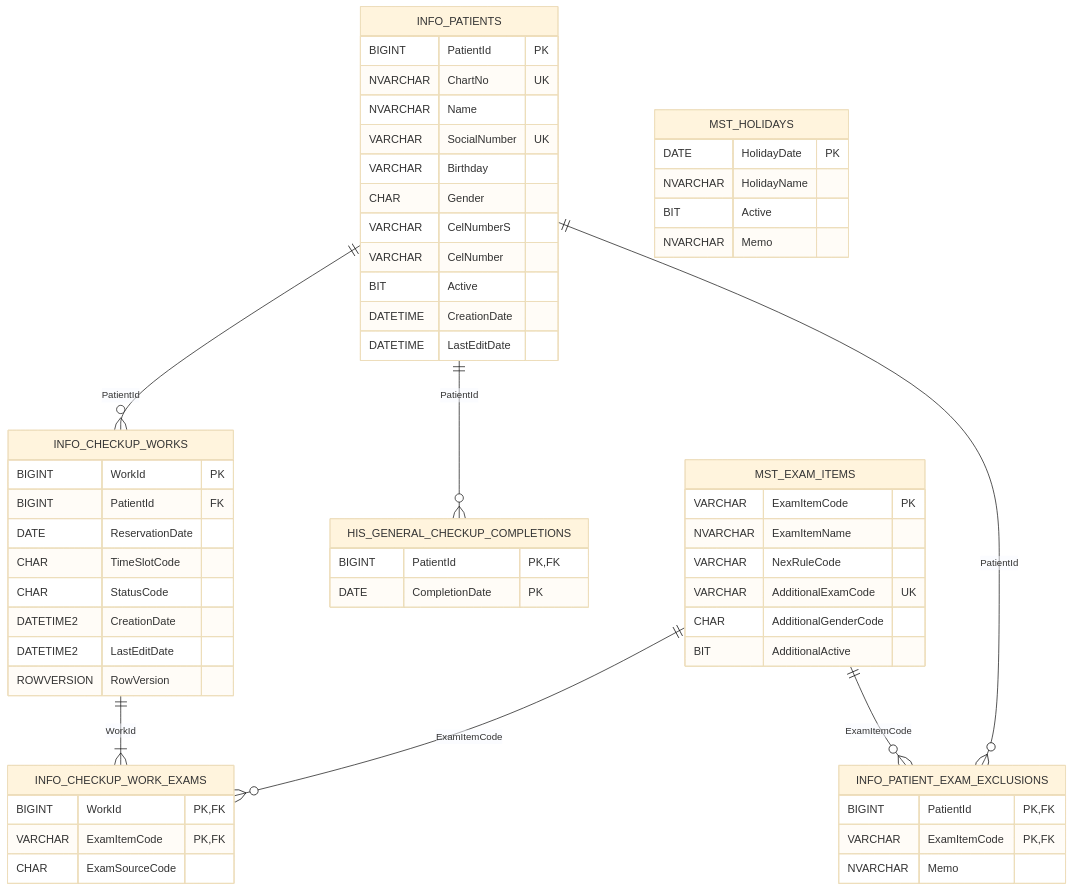
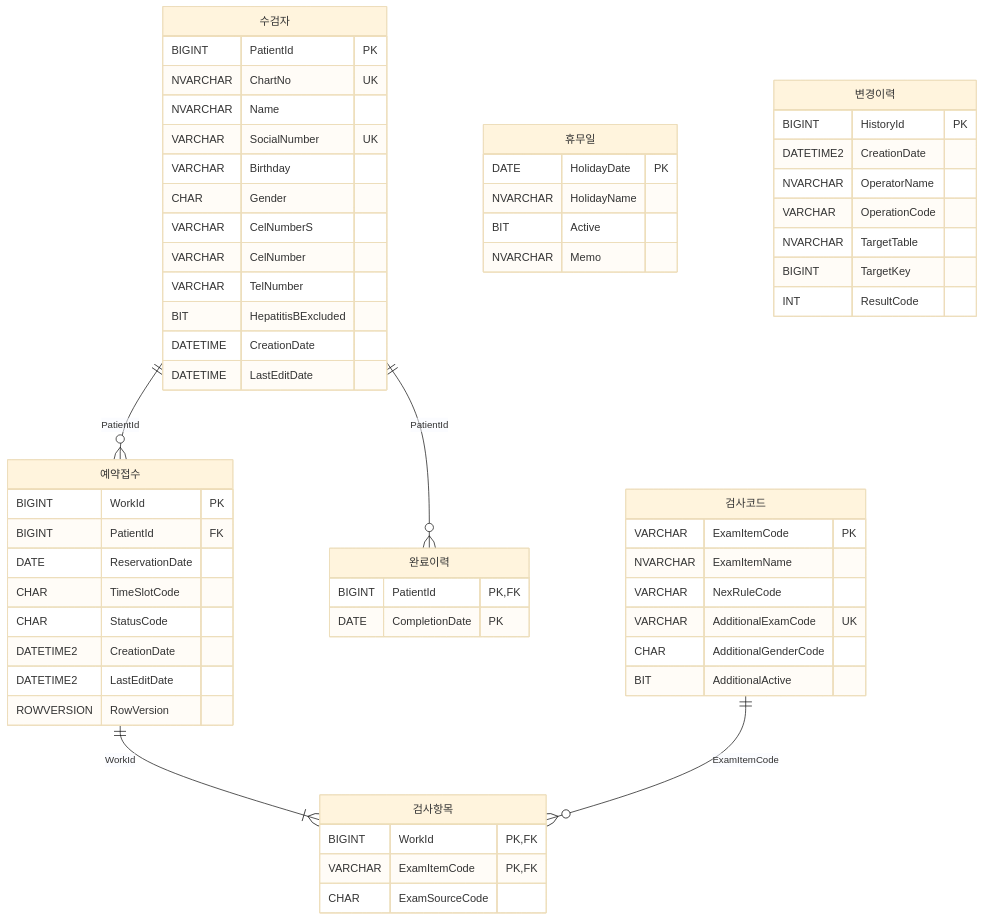
Before and after one commit to wotjr1649/HealthCheckupReservationReception: the second of 2 diagrams in docs/baseline/04_DB_Design.md, drawn with Mermaid (base theme). The commit also changed other lines of this file and 13 other files, not shown here.

````diff
--- a/docs/baseline/04_DB_Design.md
+++ b/docs/baseline/04_DB_Design.md
@@ -1323,68 +1388,71 @@
 ```mermaid
 erDiagram
-    INFO_PATIENTS ||--o{ INFO_CHECKUP_WORKS : "PatientId"
-    INFO_PATIENTS ||--o{ HIS_GENERAL_CHECKUP_COMPLETIONS : "PatientId"
-    INFO_PATIENTS ||--o{ INFO_PATIENT_EXAM_EXCLUSIONS : "PatientId"
+    수검자 ||--o{ 예약접수 : "PatientId"
+    수검자 ||--o{ 완료이력 : "PatientId"
 
-    INFO_CHECKUP_WORKS ||--|{ INFO_CHECKUP_WORK_EXAMS : "WorkId"
-    MST_EXAM_ITEMS ||--o{ INFO_CHECKUP_WORK_EXAMS : "ExamItemCode"
-    MST_EXAM_ITEMS ||--o{ INFO_PATIENT_EXAM_EXCLUSIONS : "ExamItemCode"
+    예약접수 ||--|{ 검사항목 : "WorkId"
+    검사코드 ||--o{ 검사항목 : "ExamItemCode"
 
-    INFO_PATIENTS {
+    수검자 {
         BIGINT PatientId PK
         NVARCHAR ChartNo UK
         NVARCHAR Name
         VARCHAR SocialNumber UK
         VARCHAR Birthday
         CHAR Gender
         VARCHAR CelNumberS
         VARCHAR CelNumber
-        BIT Active
+        VARCHAR TelNumber
+        BIT HepatitisBExcluded
         DATETIME CreationDate
         DATETIME LastEditDate
     }
 
-    INFO_CHECKUP_WORKS {
+    예약접수 {
         BIGINT WorkId PK
         BIGINT PatientId FK
         DATE ReservationDate
         CHAR TimeSlotCode
         CHAR StatusCode
         DATETIME2 CreationDate
         DATETIME2 LastEditDate
         ROWVERSION RowVersion
     }
 
-    INFO_CHECKUP_WORK_EXAMS {
+    검사항목 {
         BIGINT WorkId PK,FK
         VARCHAR ExamItemCode PK,FK
         CHAR ExamSourceCode
     }
 
-    MST_EXAM_ITEMS {
+    검사코드 {
         VARCHAR ExamItemCode PK
         NVARCHAR ExamItemName
         VARCHAR NexRuleCode
         VARCHAR AdditionalExamCode UK
         CHAR AdditionalGenderCode
         BIT AdditionalActive
     }
 
-    MST_HOLIDAYS {
+    휴무일 {
         DATE HolidayDate PK
         NVARCHAR HolidayName
         BIT Active
         NVARCHAR Memo
     }
 
-    HIS_GENERAL_CHECKUP_COMPLETIONS {
+    완료이력 {
         BIGINT PatientId PK,FK
         DATE CompletionDate PK
     }
 
-    INFO_PATIENT_EXAM_EXCLUSIONS {
-        BIGINT PatientId PK,FK
-        VARCHAR ExamItemCode PK,FK
-        NVARCHAR Memo
+    변경이력 {
+        BIGINT HistoryId PK
+        DATETIME2 CreationDate
+        NVARCHAR OperatorName
+        VARCHAR OperationCode
+        NVARCHAR TargetTable
+        BIGINT TargetKey
+        INT ResultCode
     }
 ```
````
